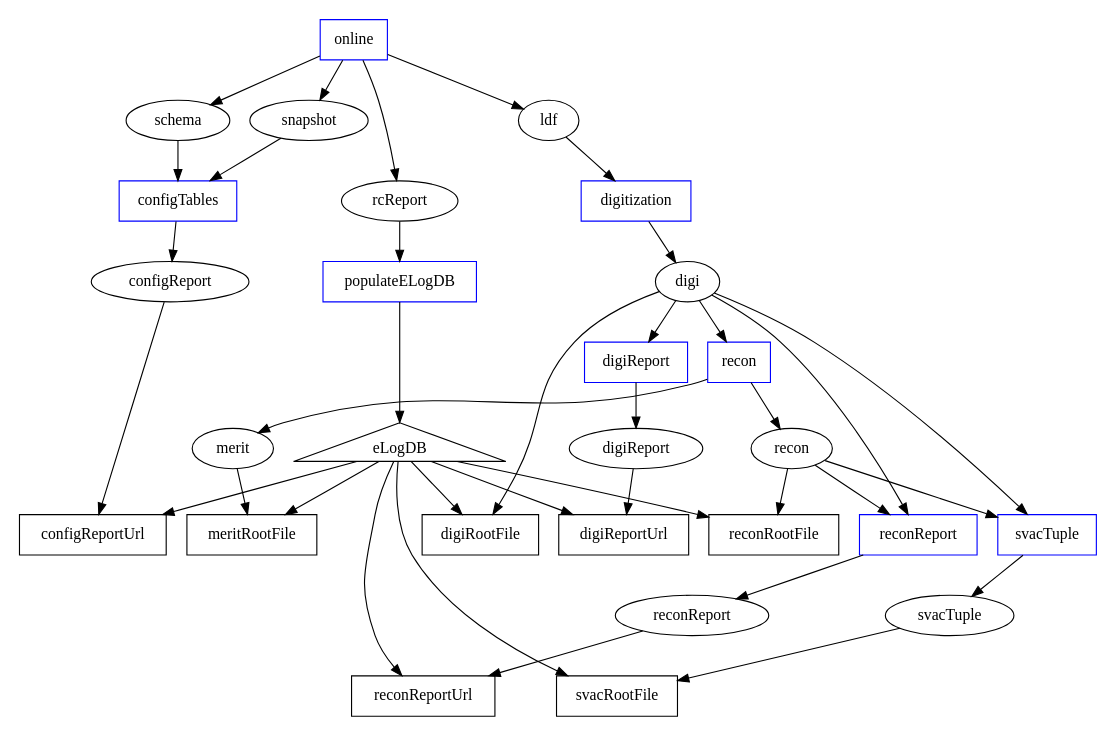
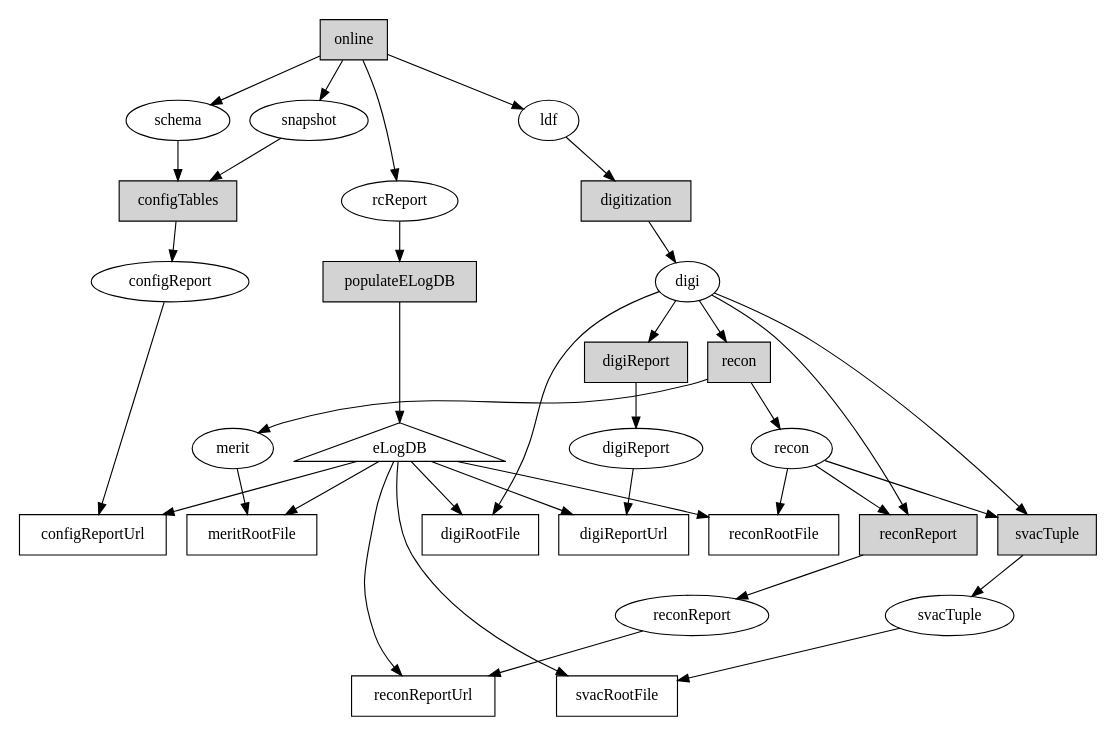
The diagram in svacPipeline/doc/desired-EM2-v1r0.dot (fermi-lat/svac), drawn with Graphviz before and after one commit. The commit also changed 2 other files, not shown here.

Commit message:
Changed entry points from blue to shaded in ideal and actual graphs, updated text to reflect this.

```diff
--- a/svacPipeline/doc/desired-EM2-v1r0.dot
+++ b/svacPipeline/doc/desired-EM2-v1r0.dot
@@ -1,95 +1,103 @@
 digraph iAndTPipeline {
 
 #rotate=90;
 size="7.5,6.5";
 
-# processes
+#### processes
 node [shape=box];
-#
-online_tp [label="online",color=blue];
-populateELogDB_tp [label="populateELogDB",color=blue];
-configTables_tp [label="configTables",color=blue];
+####
+## entry points
+node [style=filled];
+##
+online_tp [label="online"];
+populateELogDB_tp [label="populateELogDB"];
+configTables_tp [label="configTables"];
+digitization_tp [label="digitization"];
+digiReport_tp [label="digiReport"];
+recon_tp [label="recon"];
+reconReport_tp [label="reconReport"];
+svacTuple_tp [label="svacTuple"];
+##
+node [style=solid];
+##
 configReportUrl_tp [label="configReportUrl"];
-digitization_tp [label="digitization",color=blue];
 digiRootFile_tp [label="digiRootFile"];
-digiReport_tp [label="digiReport",color=blue];
 digiReportUrl_tp [label="digiReportUrl"];
-recon_tp [label="recon",color=blue];
 reconRootFile_tp [label="reconRootFile"];
 meritRootFile_tp [label="meritRootFile"];
-reconReport_tp [label="reconReport",color=blue];
 reconReportUrl_tp [label="reconReportUrl"];
-svacTuple_tp [label="svacTuple",color=blue];
 svacRootFile_tp [label="svacRootFile"];
 
-# datasets
+#### datasets
 node [shape=ellipse];
-#
+####
 rcReport_ds [label="rcReport"];
 schema_ds [label="schema"];
 snapshot_ds [label="snapshot"];
 ldf_ds [label="ldf"];
 configReport_ds [label="configReport"];
 digi_ds [label="digi"];
 digiReport_ds [label="digiReport"];
 recon_ds [label="recon"];
 merit_ds [label="merit"];
 reconReport_ds [label="reconReport"];
 svacTuple_ds [label="svacTuple"];
 #
 # non-file dependency
 #
 eLogDB_nfd [label="eLogDB",shape=triangle];
 
+
+#### dependencies
 online_tp -> rcReport_ds;
 online_tp -> schema_ds;
 online_tp -> snapshot_ds;
 online_tp -> ldf_ds;
 
 rcReport_ds -> populateELogDB_tp;
 populateELogDB_tp -> eLogDB_nfd;
 
 schema_ds -> configTables_tp;
 snapshot_ds -> configTables_tp;
 configTables_tp -> configReport_ds;
 #
 configReport_ds -> configReportUrl_tp;
 eLogDB_nfd -> configReportUrl_tp;
 
 ldf_ds -> digitization_tp;
 digitization_tp -> digi_ds;
 #
 digi_ds -> digiRootFile_tp;
 eLogDB_nfd -> digiRootFile_tp;
 
 digi_ds -> digiReport_tp;
 digiReport_tp -> digiReport_ds;
 #
 digiReport_ds -> digiReportUrl_tp;
 eLogDB_nfd -> digiReportUrl_tp;
 
 digi_ds -> recon_tp;
 recon_tp -> recon_ds;
 recon_tp -> merit_ds;
 #
 recon_ds -> reconRootFile_tp;
 eLogDB_nfd -> reconRootFile_tp;
 #
 merit_ds -> meritRootFile_tp;
 eLogDB_nfd -> meritRootFile_tp;
 
 digi_ds -> reconReport_tp;
 recon_ds -> reconReport_tp;
 reconReport_tp -> reconReport_ds;
 #
 reconReport_ds -> reconReportUrl_tp;
 eLogDB_nfd -> reconReportUrl_tp;
 
 digi_ds -> svacTuple_tp;
 recon_ds -> svacTuple_tp;
 svacTuple_tp -> svacTuple_ds;
 #
 svacTuple_ds -> svacRootFile_tp;
 eLogDB_nfd -> svacRootFile_tp;
 
 }
```
